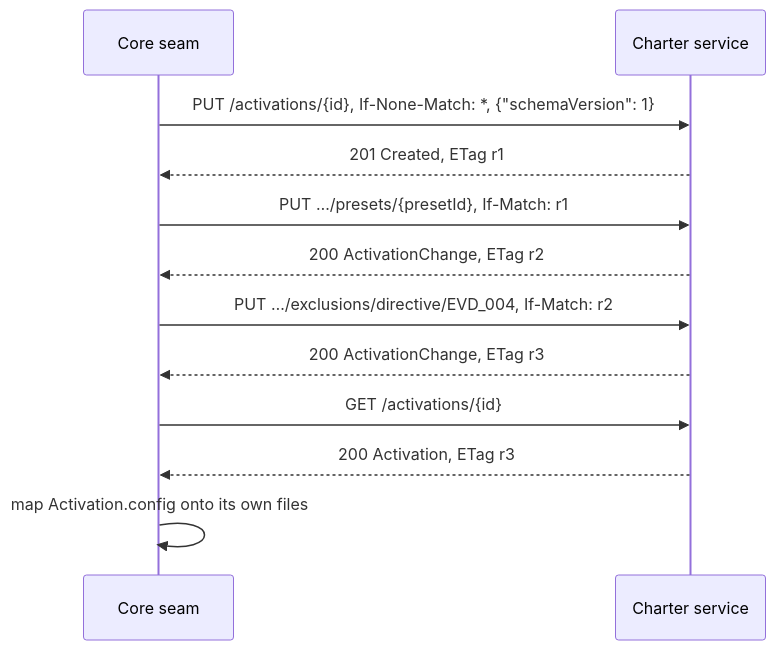
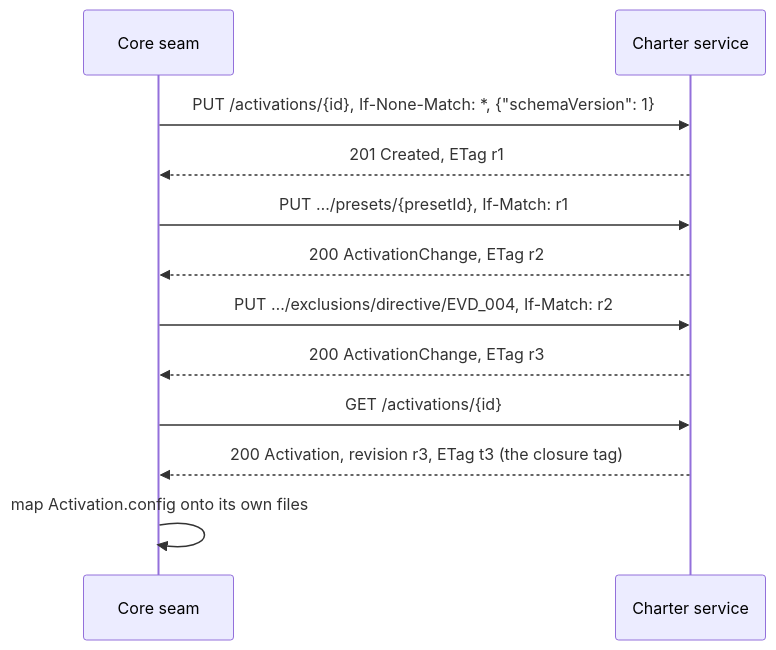
The second of 4 diagrams in docs/architecture/offering-and-activation.md (spec-kitty/spec-kitty-charter), drawn with Mermaid before and after one commit. The commit also changed other lines of this file and 1 other file, not shown here.

First line of the commit message:
docs(architecture): describe the layer merge and the two effective reads (T131)

````diff
--- a/docs/architecture/offering-and-activation.md
+++ b/docs/architecture/offering-and-activation.md
@@ -200,14 +206,14 @@
 ```mermaid
 sequenceDiagram
   participant Core as Core seam
   participant Svc as Charter service
   Core->>Svc: PUT /activations/{id}, If-None-Match: *, {"schemaVersion": 1}
   Svc-->>Core: 201 Created, ETag r1
   Core->>Svc: PUT …/presets/{presetId}, If-Match: r1
   Svc-->>Core: 200 ActivationChange, ETag r2
   Core->>Svc: PUT …/exclusions/directive/EVD_004, If-Match: r2
   Svc-->>Core: 200 ActivationChange, ETag r3
   Core->>Svc: GET /activations/{id}
-  Svc-->>Core: 200 Activation, ETag r3
+  Svc-->>Core: 200 Activation, revision r3, ETag t3 (the closure tag)
   Core->>Core: map Activation.config onto its own files
 ```
````
